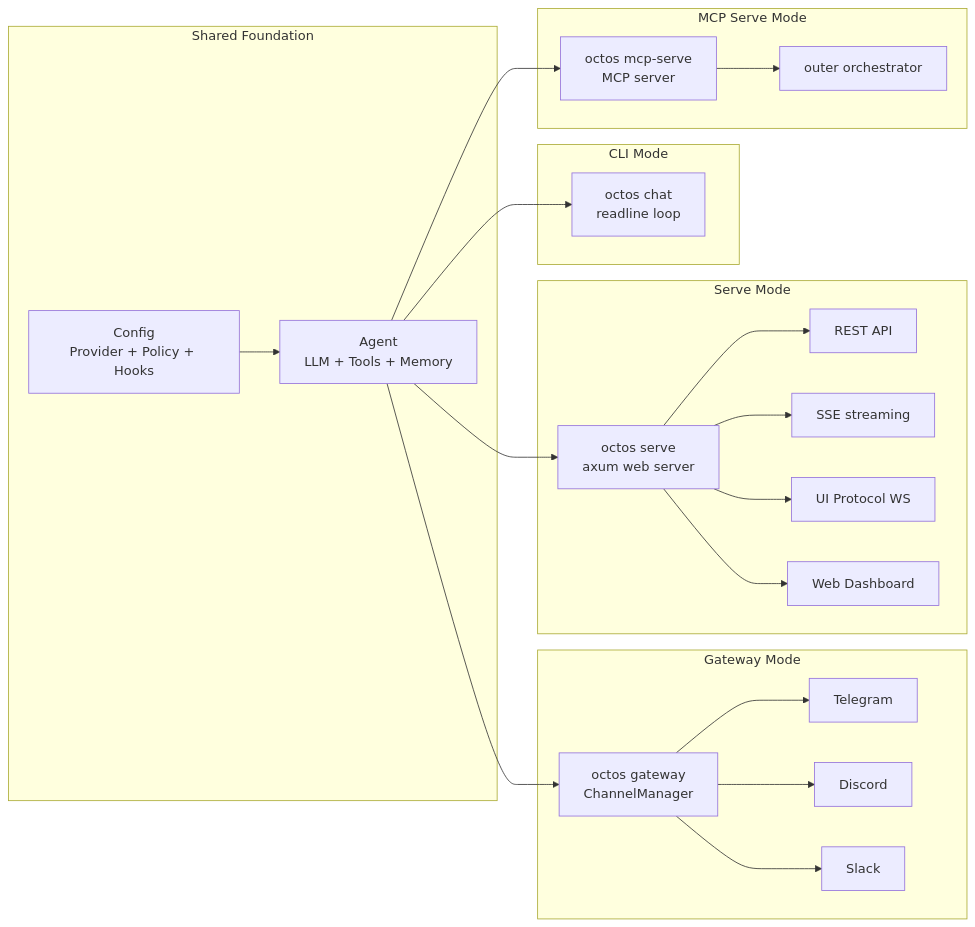
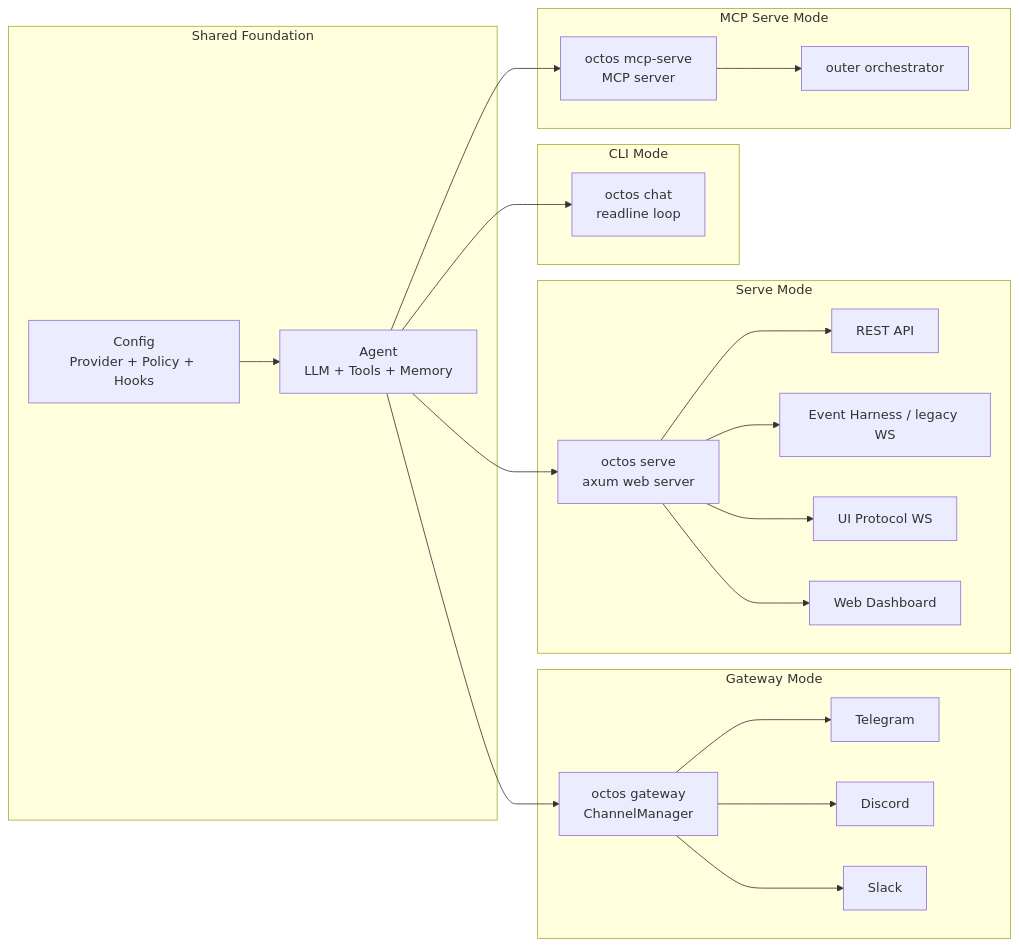
One commit to ZhangHanDong/octos-book changed the third of 3 diagrams in book-en/src/part3/ch13.md. Above: the diagram before and after it, drawn with Mermaid. The commit also changed other lines of this file and 9 other files, not shown here.

````diff
--- a/book-en/src/part3/ch13.md
+++ b/book-en/src/part3/ch13.md
@@ -87,40 +87,40 @@
 ```mermaid
 flowchart LR
     subgraph "Shared Foundation"
         Agent["Agent<br/>LLM + Tools + Memory"]
         Config["Config<br/>Provider + Policy + Hooks"]
     end
 
     subgraph "CLI Mode"
         CLI["octos chat<br/>readline loop"]
     end
 
     subgraph "Gateway Mode"
         GW["octos gateway<br/>ChannelManager"]
         TG["Telegram"]
         DC["Discord"]
         SL["Slack"]
     end
 
     subgraph "Serve Mode"
         SV["octos serve<br/>axum web server"]
         REST["REST API"]
-        SSE["SSE streaming"]
+        Events["Event Harness / legacy WS"]
         UIP["UI Protocol WS"]
         UI["Web Dashboard"]
     end
 
     subgraph "MCP Serve Mode"
         MCP["octos mcp-serve<br/>MCP server"]
         ORCH["outer orchestrator"]
     end
 
     Config --> Agent
     Agent --> CLI
     Agent --> GW
     Agent --> SV
     Agent --> MCP
     GW --> TG & DC & SL
-    SV --> REST & SSE & UIP & UI
+    SV --> REST & Events & UIP & UI
     MCP --> ORCH
 ```
````
